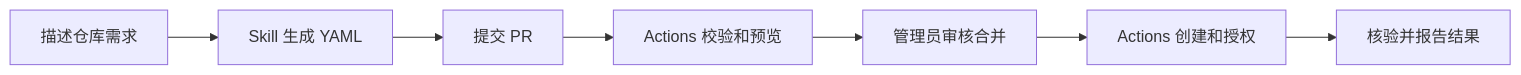
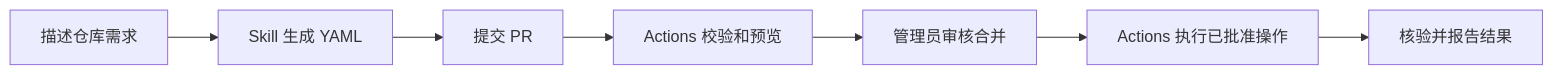
One commit to bbbbbq/repos changed the diagram in README.md. Above: the diagram before and after it, drawn with Mermaid. The commit also changed other lines of this file and 37 other files, not shown here.

````diff
--- a/README.md
+++ b/README.md
@@ -35,9 +35,9 @@
 ```mermaid
 flowchart LR
     A[描述仓库需求] --> B[Skill 生成 YAML]
     B --> C[提交 PR]
     C --> D[Actions 校验和预览]
     D --> E[管理员审核合并]
-    E --> F[Actions 创建和授权]
+    E --> F[Actions 执行已批准操作]
     F --> G[核验并报告结果]
 ```
````
